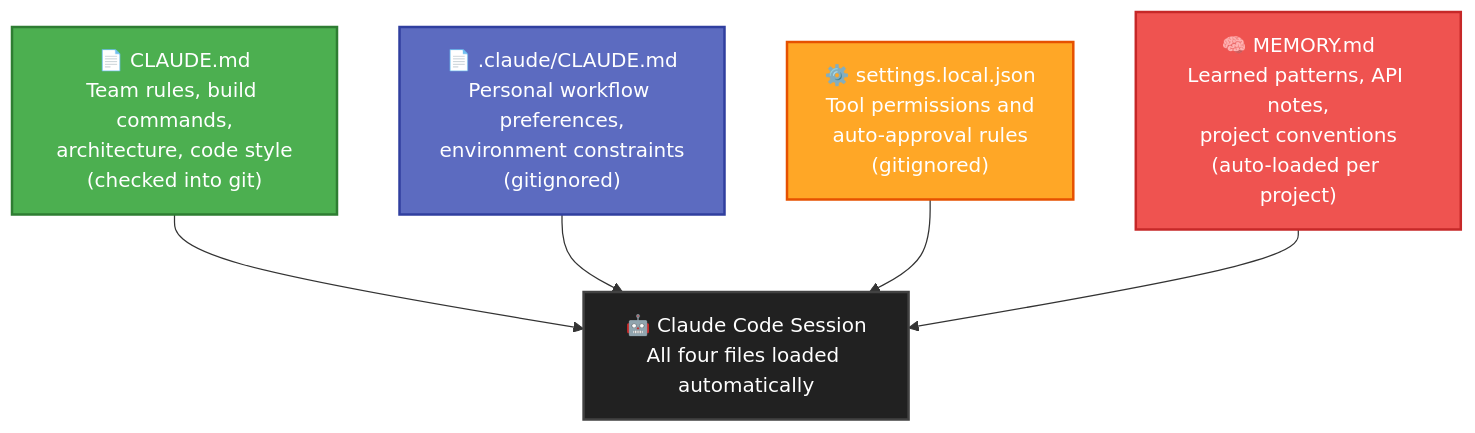
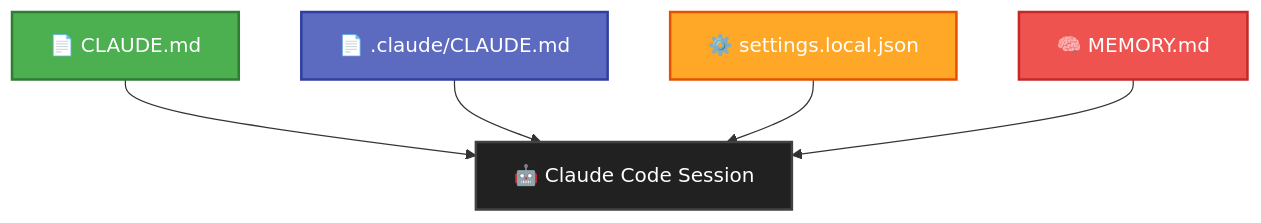
Before and after one commit to jameswniu/claude-os: the first of 3 diagrams in README.md, drawn with Mermaid.

Commit message:
Simplify Phase 1 diagram: clean single-line labels

````diff
--- a/README.md
+++ b/README.md
@@ -11,19 +11,19 @@
 ```mermaid
 flowchart TD
-    A["📄 CLAUDE.md\nTeam rules, build commands,\narchitecture, code style\n(checked into git)"]
-    B["📄 .claude/CLAUDE.md\nPersonal workflow preferences,\nenvironment constraints\n(gitignored)"]
-    C["⚙️ settings.local.json\nTool permissions and\nauto-approval rules\n(gitignored)"]
-    D["🧠 MEMORY.md\nLearned patterns, API notes,\nproject conventions\n(auto-loaded per project)"]
-    S["🤖 Claude Code Session\nAll four files loaded automatically"]
+    A["📄 CLAUDE.md"]
+    B["📄 .claude/CLAUDE.md"]
+    C["⚙️ settings.local.json"]
+    D["🧠 MEMORY.md"]
+    S["🤖 Claude Code Session"]
 
     A --> S
     B --> S
     C --> S
     D --> S
 
     style A fill:#4CAF50,color:#fff,stroke:#2E7D32,stroke-width:2px
     style B fill:#5C6BC0,color:#fff,stroke:#303F9F,stroke-width:2px
     style C fill:#FFA726,color:#fff,stroke:#E65100,stroke-width:2px
     style D fill:#EF5350,color:#fff,stroke:#C62828,stroke-width:2px
     style S fill:#212121,color:#fff,stroke:#424242,stroke-width:2px
 ```
````
